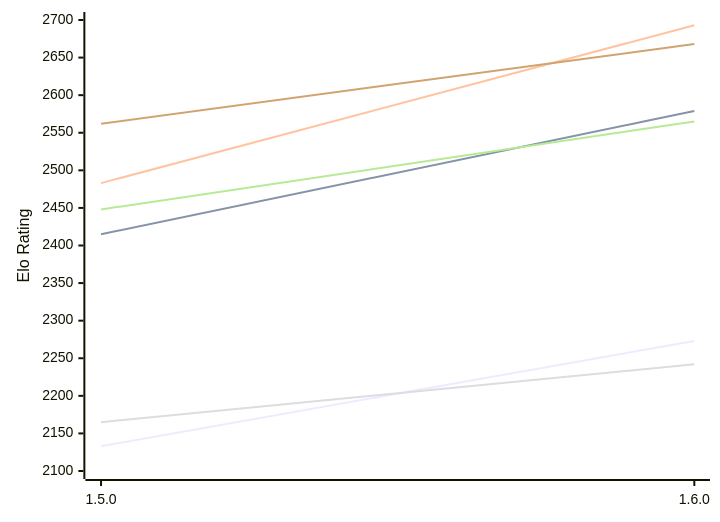
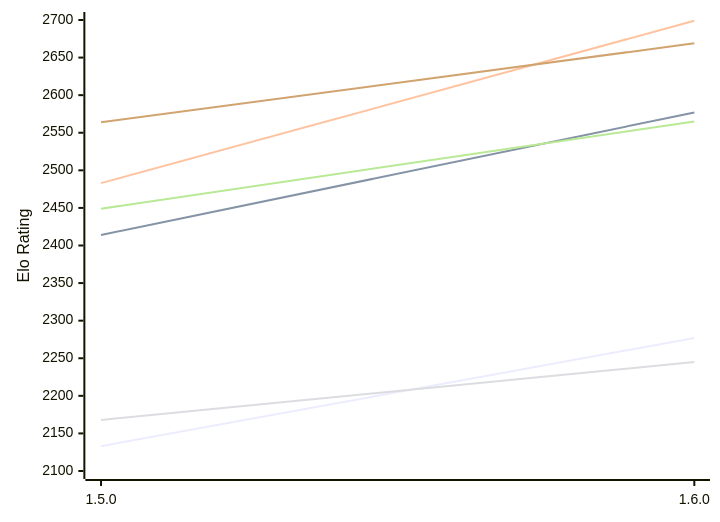
The first of 2 diagrams in engines/Tofiks.md (computer-chess-index/cci), drawn with Mermaid before and after one commit. The commit also changed other lines of this file, not shown here.

Commit message:
Update CCI Ratings (ELO VLTC) - 2026-11-28

````diff
--- a/engines/Tofiks.md
+++ b/engines/Tofiks.md
@@ -51,12 +51,12 @@
 ```mermaid
 %%{init: {"theme":"base","themeVariables":{"seriesColors:['#a3a3a3','#222221','#faa371']}}}%%
 xychart-beta
   x-axis ["1.5.0", "1.6.0"]
   y-axis "Elo Rating" 2100 --> 2700
-  line "E1: STC (8.0+0.08s)" [2133, 2273]
-  line "E1: LTC (60.0+0.60s)" [2415, 2579]
-  line "E1: VLTC (2m24s+1.12s)" [2483, 2693]
-  line "P1: STC (8.0+0.08s)" [2165, 2242]
-  line "P1: LTC (60.0+0.60s)" [2448, 2565]
-  line "P1: VLTC (2m24s+1.12s)" [2562, 2668]
+  line "E1: STC (8.0+0.08s)" [2133, 2277]
+  line "E1: LTC (60.0+0.60s)" [2414, 2577]
+  line "E1: VLTC (2m24s+1.12s)" [2483, 2699]
+  line "P1: STC (8.0+0.08s)" [2168, 2245]
+  line "P1: LTC (60.0+0.60s)" [2449, 2565]
+  line "P1: VLTC (2m24s+1.12s)" [2564, 2669]
 ```
````
